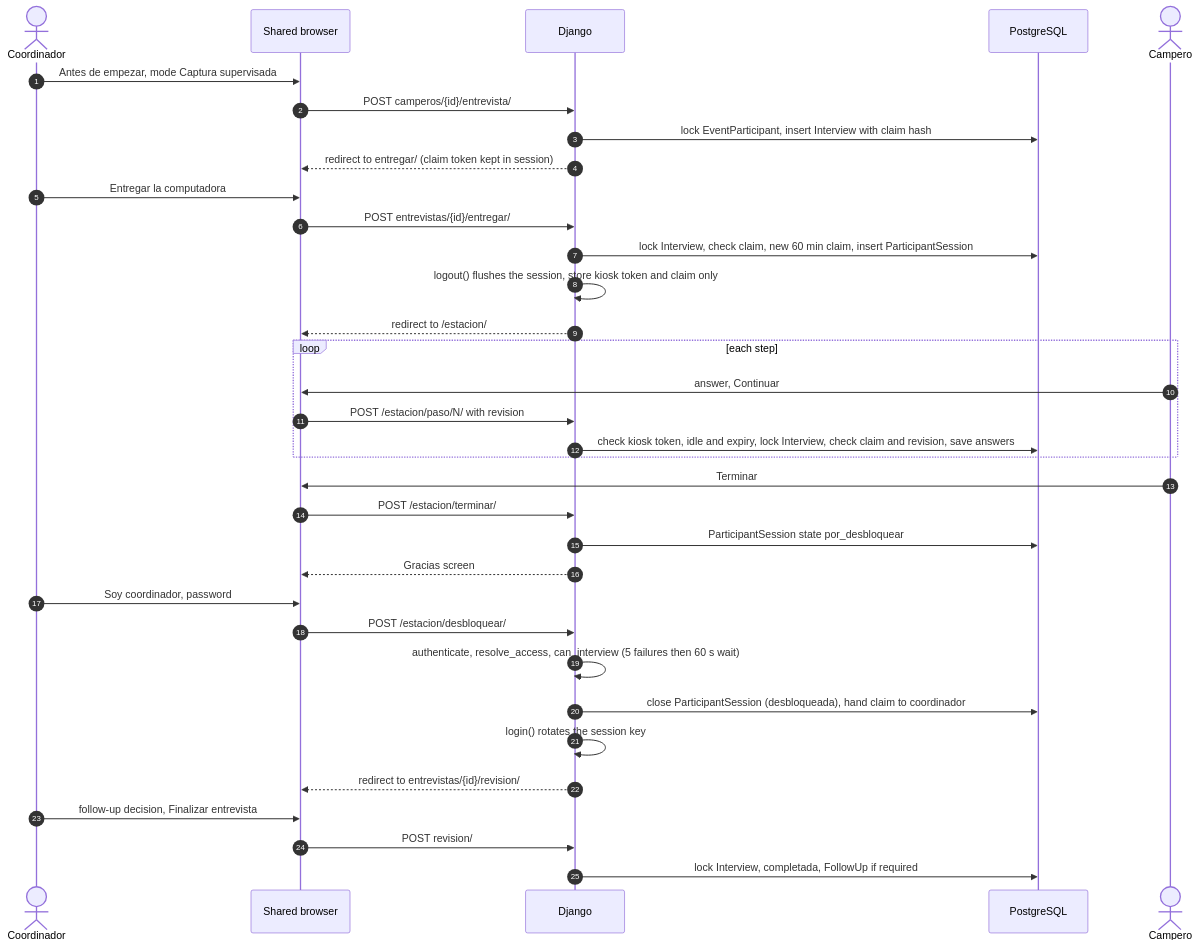
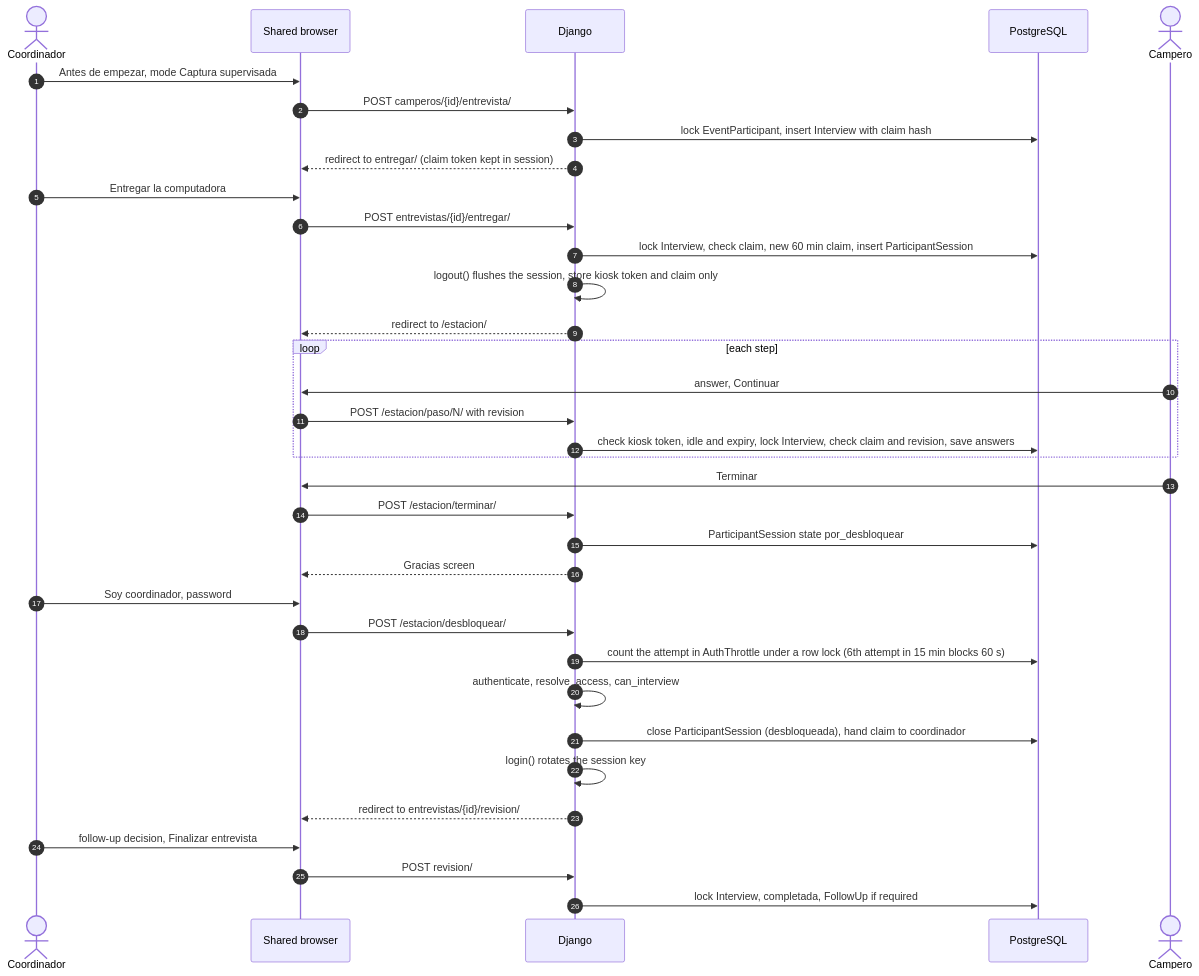
Before and after one commit to AdrianRomo/Emmaus: the diagram in docs/interview-station-workflow.md, drawn with Mermaid. The commit also changed other lines of this file and 25 other files, not shown here.

````diff
--- a/docs/interview-station-workflow.md
+++ b/docs/interview-station-workflow.md
@@ -63,36 +63,37 @@
 ```mermaid
 sequenceDiagram
     autonumber
     actor C as Coordinador
     participant B as Shared browser
     participant S as Django
     participant DB as PostgreSQL
     actor P as Campero
     C->>B: Antes de empezar, mode Captura supervisada
     B->>S: POST camperos/{id}/entrevista/
     S->>DB: lock EventParticipant, insert Interview with claim hash
     S-->>B: redirect to entregar/ (claim token kept in session)
     C->>B: Entregar la computadora
     B->>S: POST entrevistas/{id}/entregar/
     S->>DB: lock Interview, check claim, new 60 min claim, insert ParticipantSession
     S->>S: logout() flushes the session, store kiosk token and claim only
     S-->>B: redirect to /estacion/
     loop each step
         P->>B: answer, Continuar
         B->>S: POST /estacion/paso/N/ with revision
         S->>DB: check kiosk token, idle and expiry, lock Interview, check claim and revision, save answers
     end
     P->>B: Terminar
     B->>S: POST /estacion/terminar/
     S->>DB: ParticipantSession state por_desbloquear
     S-->>B: Gracias screen
     C->>B: Soy coordinador, password
     B->>S: POST /estacion/desbloquear/
-    S->>S: authenticate, resolve_access, can_interview (5 failures then 60 s wait)
+    S->>DB: count the attempt in AuthThrottle under a row lock (6th attempt in 15 min blocks 60 s)
+    S->>S: authenticate, resolve_access, can_interview
     S->>DB: close ParticipantSession (desbloqueada), hand claim to coordinador
     S->>S: login() rotates the session key
     S-->>B: redirect to entrevistas/{id}/revision/
     C->>B: follow-up decision, Finalizar entrevista
     B->>S: POST revision/
     S->>DB: lock Interview, completada, FollowUp if required
 ```
````
